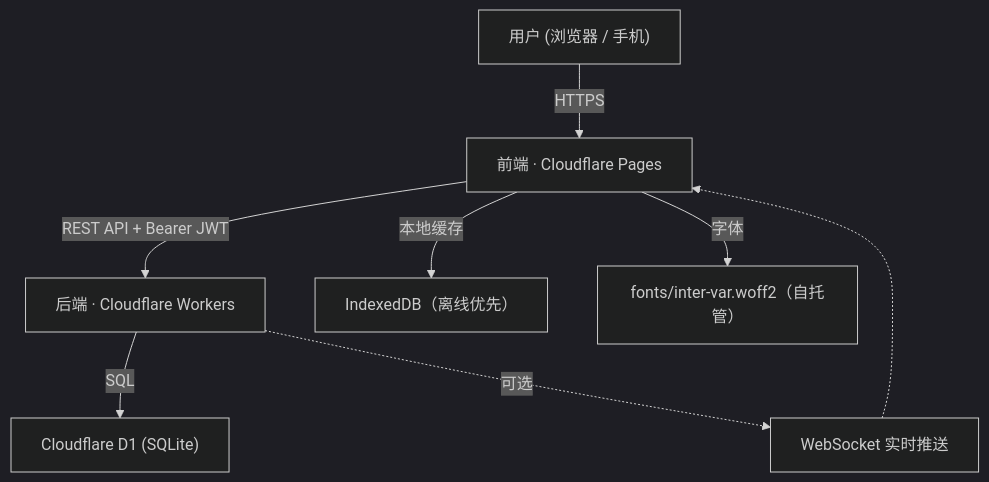
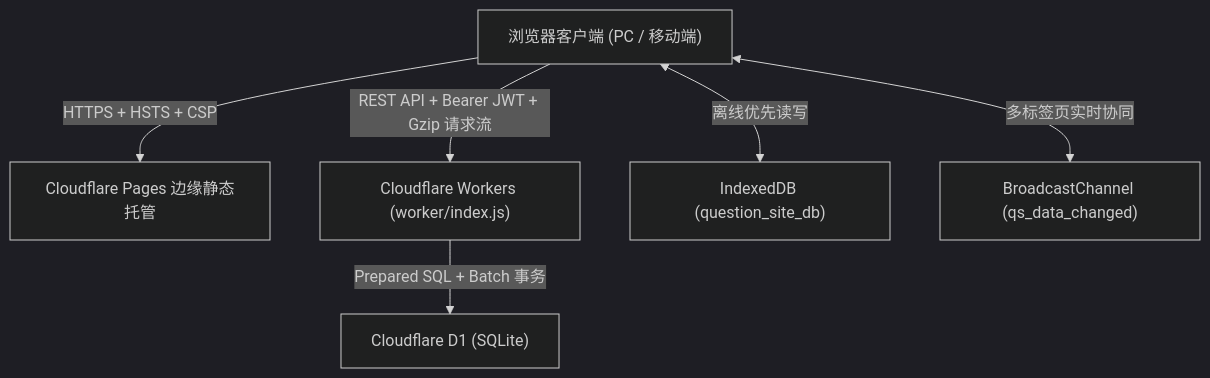
Before and after one commit to combodevy/question-site: the diagram in README.md, drawn with Mermaid (dark theme). The commit also changed other lines of this file and 148 other files, not shown here.

Commit message:
feat(release): upgrade question-site to v 2610193 (security hardening, CF Gzip & Fast ETag, chapter ordering, fixed top quiz nav, and MIT license)

````diff
--- a/README.md
+++ b/README.md
@@ -25,10 +41,8 @@
 ```mermaid
 graph TD
-    User["用户 (浏览器 / 手机)"] -->|HTTPS| Frontend["前端 · Cloudflare Pages"]
-    Frontend -->|"REST API + Bearer JWT"| Backend["后端 · Cloudflare Workers"]
-    Backend -->|SQL| DB["Cloudflare D1 (SQLite)"]
-    Frontend -->|本地缓存| Local["IndexedDB（离线优先）"]
-    Frontend -->|字体| Font["fonts/inter-var.woff2（自托管）"]
-    Backend -.->|可选| WS["WebSocket 实时推送"]
-    WS -.-> Frontend
+    Client["浏览器客户端 (PC / 移动端)"] -->|HTTPS + HSTS + CSP| Pages["Cloudflare Pages 边缘静态托管"]
+    Client -->|"REST API + Bearer JWT + Gzip 请求流"| Worker["Cloudflare Workers (worker/index.js)"]
+    Worker -->|"Prepared SQL + Batch 事务"| D1["Cloudflare D1 (SQLite)"]
+    Client <-->|"离线优先读写"| IDB["IndexedDB (question_site_db)"]
+    Client <-->|"多标签页实时协同"| BC["BroadcastChannel (qs_data_changed)"]
 ```
````
